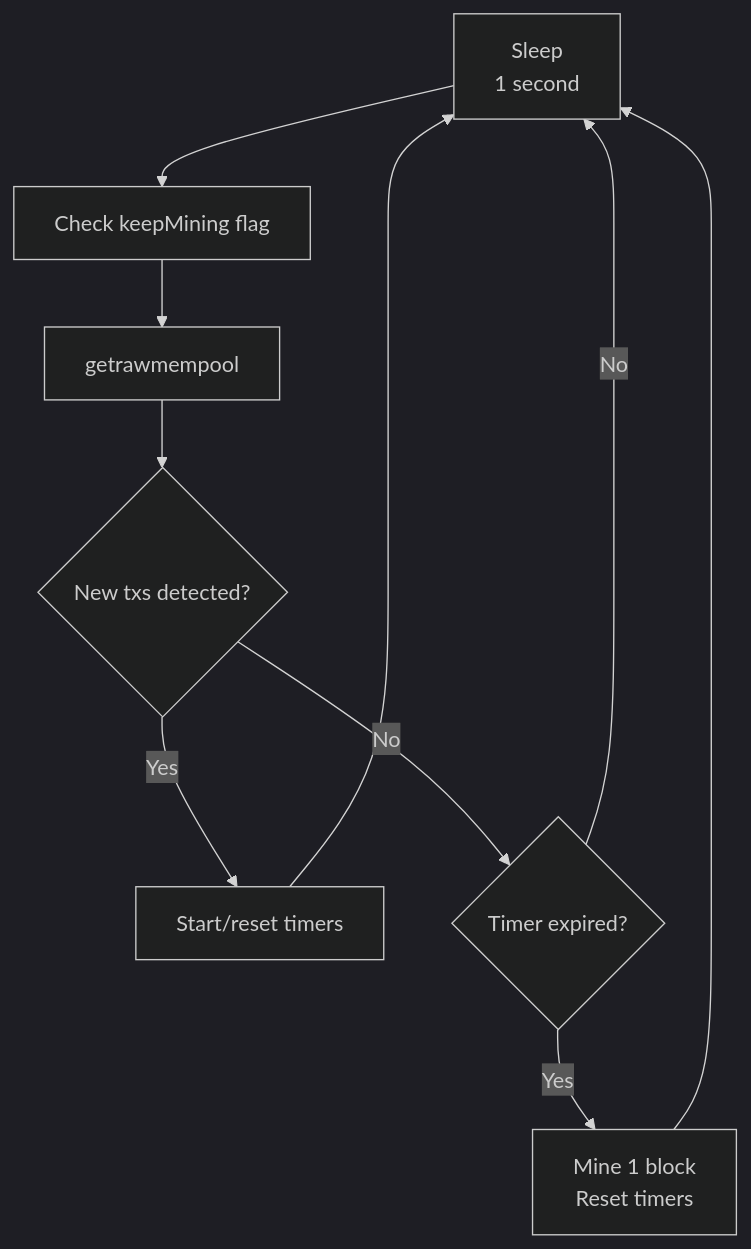
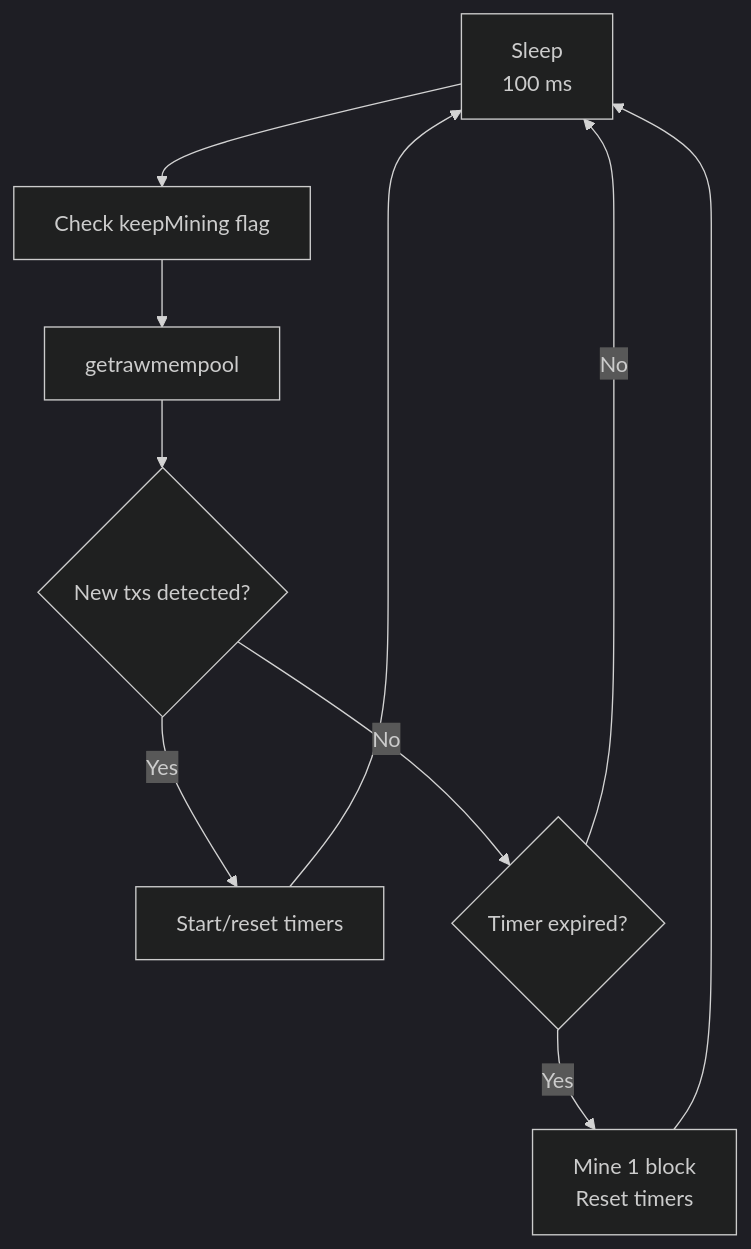
The third of 5 diagrams in components/regtest-miner/architecture.md (XChain-Platform/xchain-documentation), drawn with Mermaid (dark theme) before and after one commit. The commit also changed other lines of this file and 34 other files, not shown here.

````diff
--- a/components/regtest-miner/architecture.md
+++ b/components/regtest-miner/architecture.md
@@ -62,20 +62,20 @@
 ```mermaid
 flowchart TD
-    SLEEP["Sleep<br>1 second"]
+    SLEEP["Sleep<br>100 ms"]
     CHECK["Check keepMining flag"]
     POLL["getrawmempool"]
     NEWTX{"New txs detected?"}
     RESET["Start/reset timers"]
     EXPIRED{"Timer expired?"}
     MINE["Mine 1 block<br>Reset timers"]
 
     SLEEP --> CHECK
     CHECK --> POLL
     POLL --> NEWTX
     NEWTX -->|Yes| RESET
     NEWTX -->|No| EXPIRED
     EXPIRED -->|Yes| MINE
     EXPIRED -->|No| SLEEP
     RESET --> SLEEP
     MINE --> SLEEP
 ```
````
